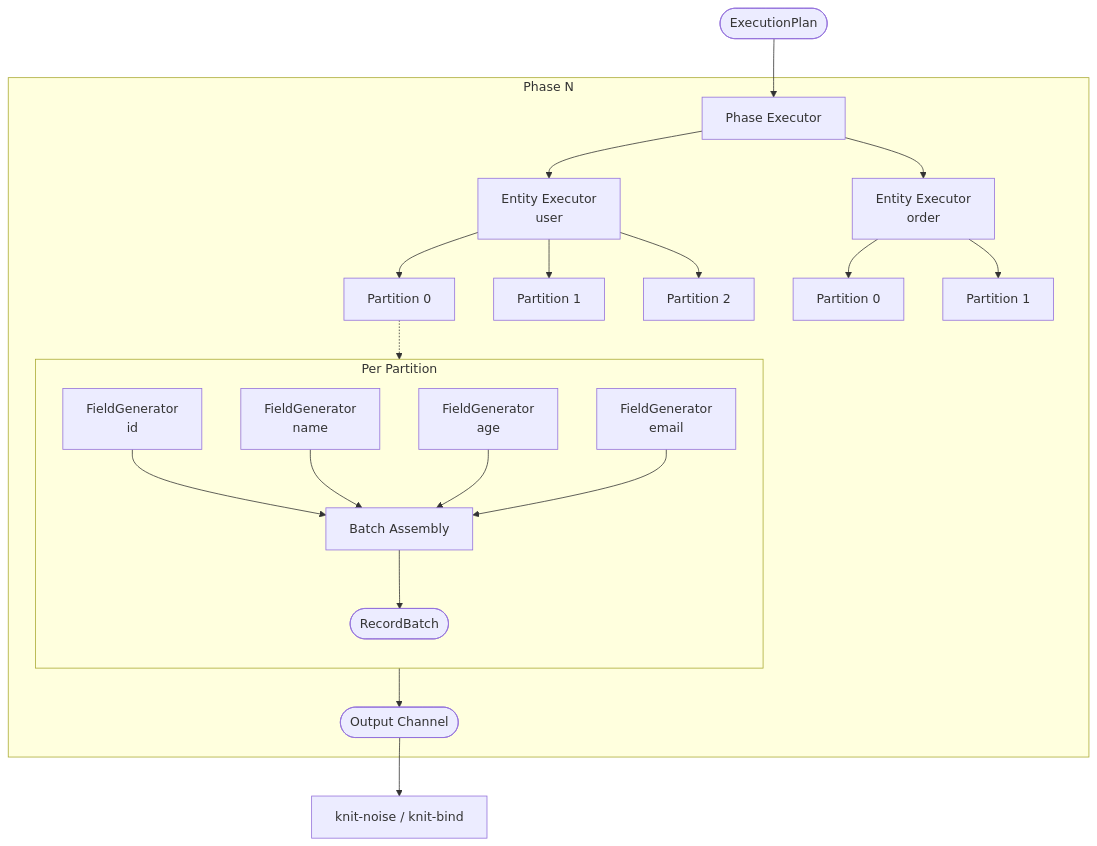
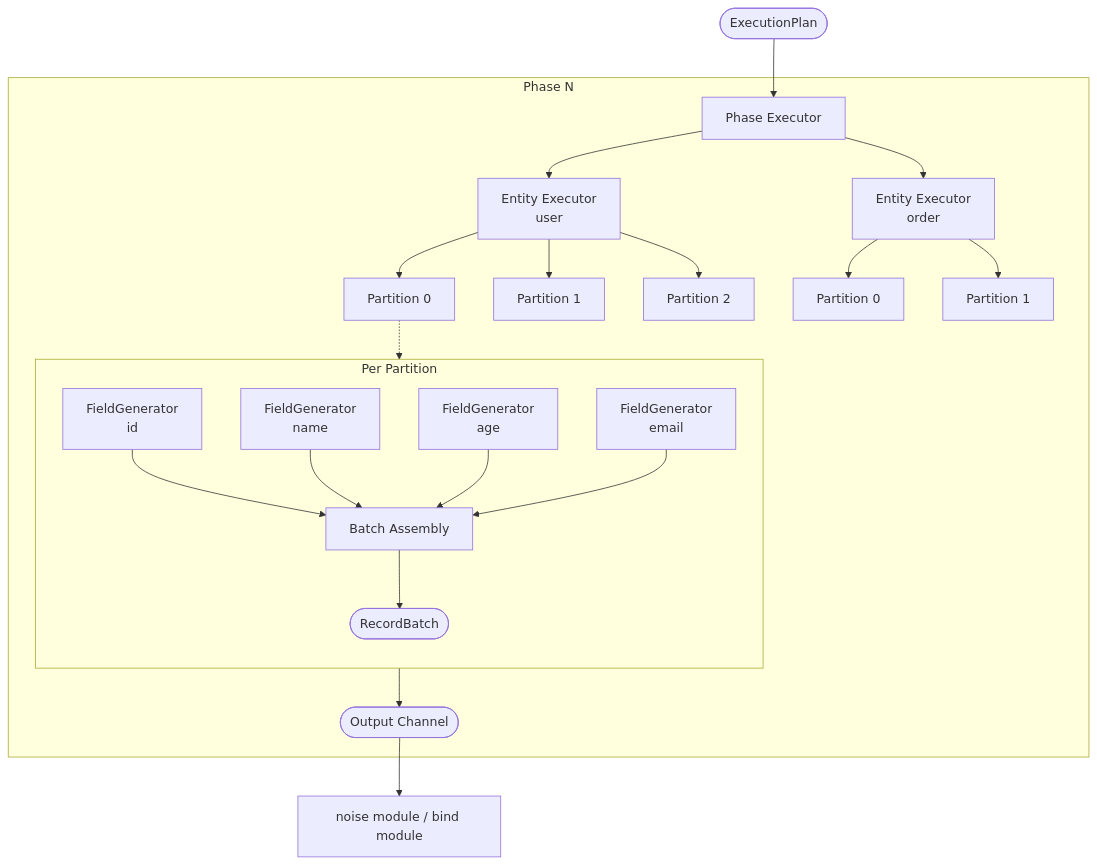
The first of 7 diagrams in docs/design-gen.md (Yaming-Hub/knit), drawn with Mermaid before and after one commit. The commit also changed other lines of this file and 10 other files, not shown here.

````diff
--- a/docs/design-gen.md
+++ b/docs/design-gen.md
@@ -93,30 +93,30 @@
 ```mermaid
 flowchart TB
     plan([ExecutionPlan]) --> phase_exec[Phase Executor]
 
     subgraph phase[Phase N]
         phase_exec --> entity_exec_a[Entity Executor\nuser]
         phase_exec --> entity_exec_b[Entity Executor\norder]
 
         entity_exec_a --> part_a0[Partition 0]
         entity_exec_a --> part_a1[Partition 1]
         entity_exec_a --> part_a2[Partition 2]
 
         entity_exec_b --> part_b0[Partition 0]
         entity_exec_b --> part_b1[Partition 1]
 
         subgraph partition[Per Partition]
             direction TB
             fg1[FieldGenerator\nid] --> asm[Batch Assembly]
             fg2[FieldGenerator\nname] --> asm
             fg3[FieldGenerator\nage] --> asm
             fg4[FieldGenerator\nemail] --> asm
             asm --> rb([RecordBatch])
         end
 
         part_a0 -.-> partition
         rb --> ch([Output Channel])
     end
 
-    ch --> downstream[knit-noise / knit-bind]
+    ch --> downstream[noise module / bind module]
 ```
````
